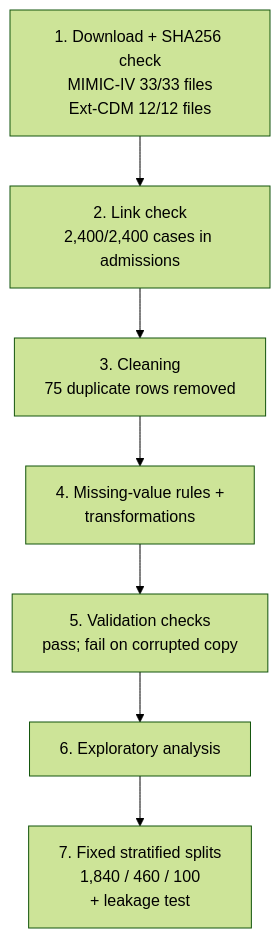
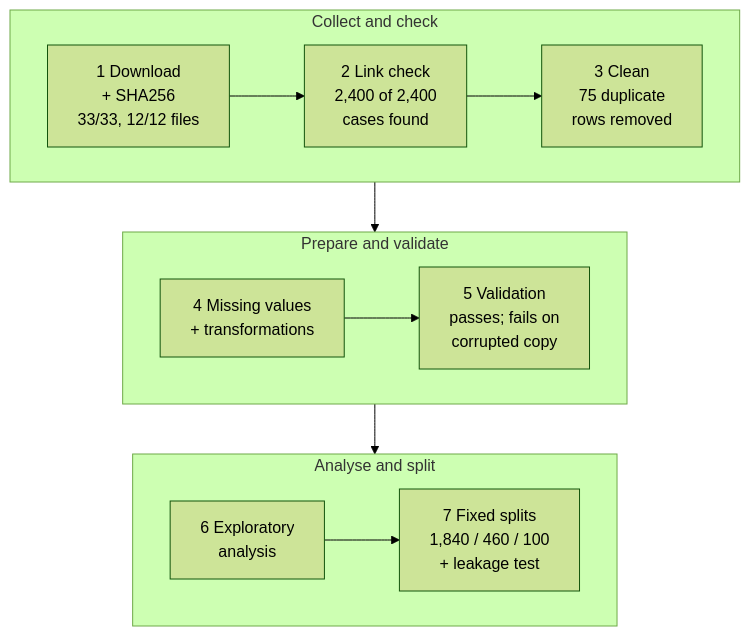
Before and after one commit to Akashkumarsenthil/Clinical-Discharge-Treatment-Plan-Verification: the second of 3 diagrams in README.md, drawn with Mermaid (forest theme). The commit also changed other lines of this file, not shown here.

Commit message:
README: compact data pipeline diagram, updated repository layout

````diff
--- a/README.md
+++ b/README.md
@@ -59,11 +59,16 @@
 ```mermaid
-flowchart TD
-    S1["1. Download + SHA256 check<br/>MIMIC-IV 33/33 files<br/>Ext-CDM 12/12 files"]
-    S2["2. Link check<br/>2,400/2,400 cases in admissions"]
-    S3["3. Cleaning<br/>75 duplicate rows removed"]
-    S4["4. Missing-value rules +<br/>transformations"]
-    S5["5. Validation checks<br/>pass; fail on corrupted copy"]
-    S6["6. Exploratory analysis"]
-    S7["7. Fixed stratified splits<br/>1,840 / 460 / 100<br/>+ leakage test"]
-    S1 --> S2 --> S3 --> S4 --> S5 --> S6 --> S7
+flowchart TB
+    subgraph R1["Collect and check"]
+        direction LR
+        S1["1 Download<br/>+ SHA256<br/>33/33, 12/12 files"] --> S2["2 Link check<br/>2,400 of 2,400<br/>cases found"] --> S3["3 Clean<br/>75 duplicate<br/>rows removed"]
+    end
+    subgraph R2["Prepare and validate"]
+        direction LR
+        S4["4 Missing values<br/>+ transformations"] --> S5["5 Validation<br/>passes; fails on<br/>corrupted copy"]
+    end
+    subgraph R3["Analyse and split"]
+        direction LR
+        S6["6 Exploratory<br/>analysis"] --> S7["7 Fixed splits<br/>1,840 / 460 / 100<br/>+ leakage test"]
+    end
+    R1 --> R2 --> R3
 ```
````
